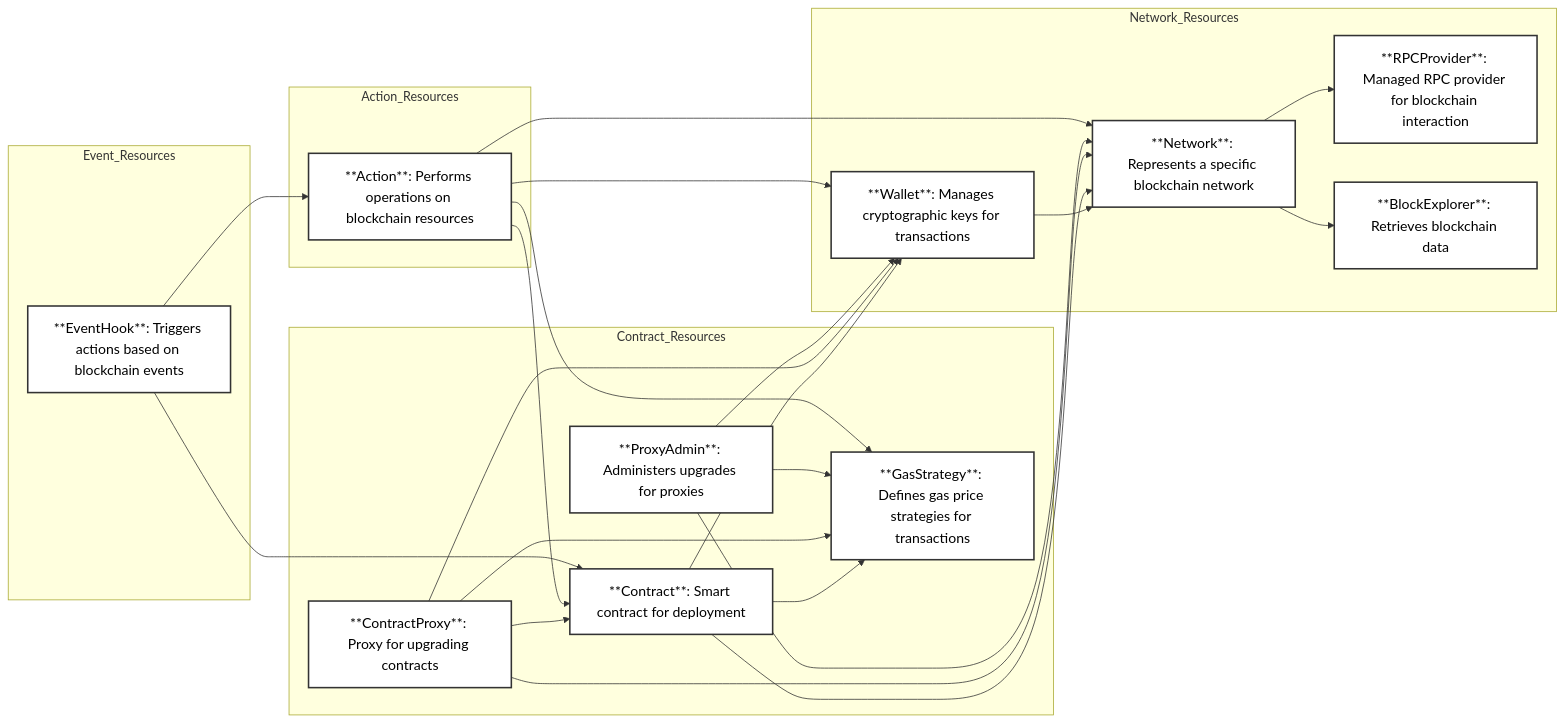
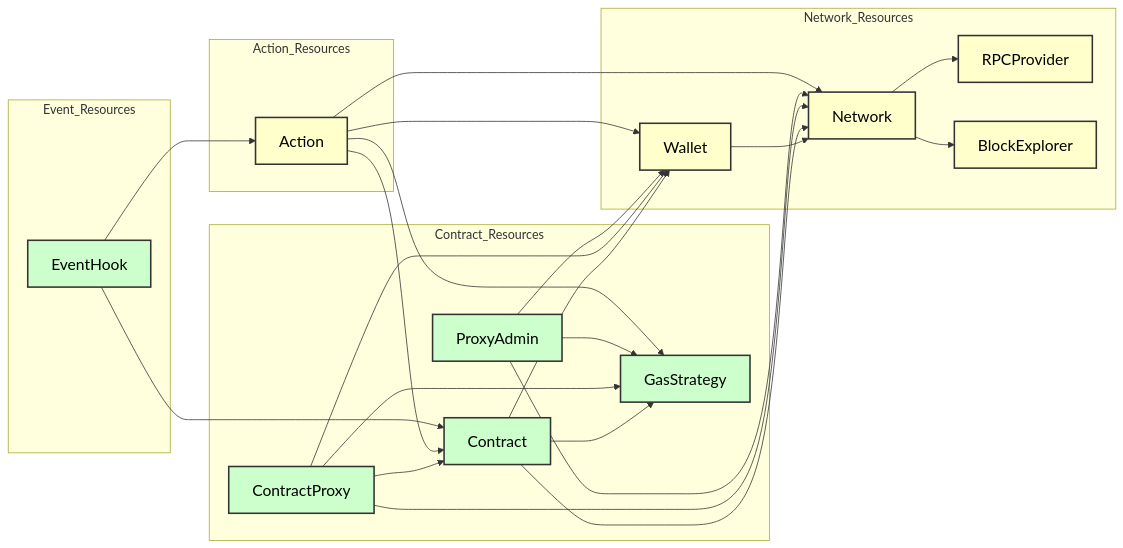
The diagram in README.md (expedio-blockchain/Kontract), drawn with Mermaid before and after one commit.

Commit message:
add diagram

````diff
--- a/README.md
+++ b/README.md
@@ -23,38 +23,39 @@
 ```mermaid
 graph LR
     %% Define the style for better looking arrows and text
-    classDef default fill:#f9f,stroke:#333,stroke-width:2px,font-size:16px;
-    classDef readable fill:#ffffff,stroke:#333,stroke-width:2px,font-size:18px,color:#000;
+    classDef default fill:#f9f,stroke:#333,stroke-width:2px,font-size:18px;
+    classDef lightYellow fill:#ffffcc,stroke:#333,stroke-width:2px,font-size:20px,color:#000;
+    classDef lightGreen fill:#ccffcc,stroke:#333,stroke-width:2px,font-size:20px,color:#000;
 
     %% Grouping related resources in subgraphs with enhanced readability
     subgraph Network_Resources
-        Network["**Network**: Represents a specific blockchain network"]:::readable --> RPCProvider["**RPCProvider**: Managed RPC provider for blockchain interaction"]:::readable
-        Network --> BlockExplorer["**BlockExplorer**: Retrieves blockchain data"]:::readable
-        Wallet["**Wallet**: Manages cryptographic keys for transactions"]:::readable --> Network
+        Network:::lightYellow --> RPCProvider:::lightYellow
+        Network --> BlockExplorer:::lightYellow
+        Wallet:::lightYellow --> Network
     end
 
     subgraph Contract_Resources
-        Contract["**Contract**: Smart contract for deployment"]:::readable --> Network
+        Contract:::lightGreen --> Network
         Contract --> Wallet
-        Contract --> GasStrategy["**GasStrategy**: Defines gas price strategies for transactions"]:::readable
-        ContractProxy["**ContractProxy**: Proxy for upgrading contracts"]:::readable --> Network
+        Contract --> GasStrategy:::lightGreen
+        ContractProxy:::lightGreen --> Network
         ContractProxy --> Wallet
         ContractProxy --> Contract
         ContractProxy --> GasStrategy
-        ProxyAdmin["**ProxyAdmin**: Administers upgrades for proxies"]:::readable --> Network
+        ProxyAdmin:::lightGreen --> Network
         ProxyAdmin --> Wallet
         ProxyAdmin --> GasStrategy
     end
 
     subgraph Action_Resources
-        Action["**Action**: Performs operations on blockchain resources"]:::readable --> Contract
+        Action:::lightYellow --> Contract
         Action --> Network
         Action --> Wallet
         Action --> GasStrategy
     end
 
     subgraph Event_Resources
-        EventHook["**EventHook**: Triggers actions based on blockchain events"]:::readable --> Action
+        EventHook:::lightGreen --> Action
         EventHook --> Contract
     end
 ```
````
